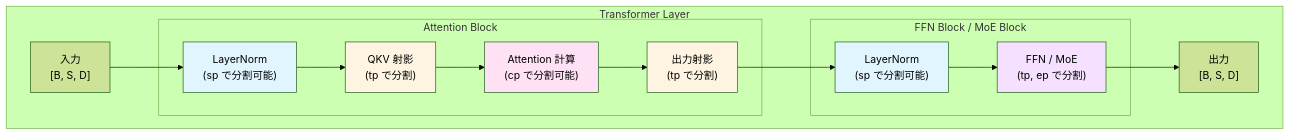
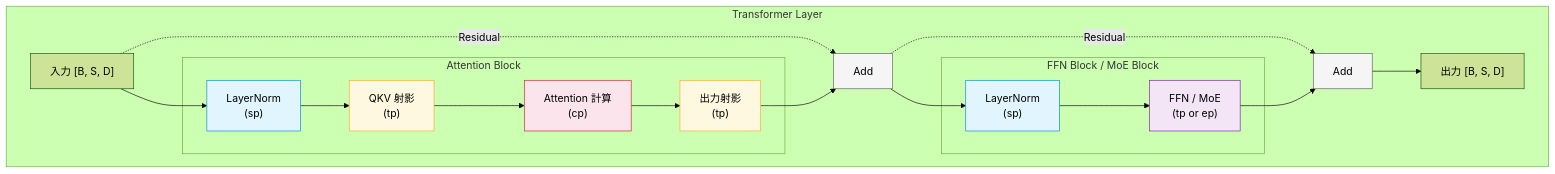
Before and after one commit to littlemex/zenn: the third of 8 diagrams in books/ml-distributed-experiment-collection/transformer-distributed-parallelism.md, drawn with Mermaid (forest theme). The commit also changed other lines of this file and 1 other file, not shown here.

````diff
--- a/books/ml-distributed-experiment-collection/transformer-distributed-parallelism.md
+++ b/books/ml-distributed-experiment-collection/transformer-distributed-parallelism.md
@@ -150,38 +198,35 @@
 ```mermaid
 graph TB
-    subgraph "Transformer Layer"
-        Input["入力<br/>[B, S, D]"]
+    subgraph layer ["Transformer Layer"]
+        Input["入力 [B, S, D]"]
 
-        subgraph "Attention Block"
-            LN1["LayerNorm<br/>(sp で分割可能)"]
-            QKV["QKV 射影<br/>(tp で分割)"]
-            Attn["Attention 計算<br/>(cp で分割可能)"]
-            OutProj["出力射影<br/>(tp で分割)"]
+        subgraph attn_block ["Attention Block"]
+            LN1["LayerNorm<br/>(sp)"]
+            QKV["QKV 射影<br/>(tp)"]
+            Attn["Attention 計算<br/>(cp)"]
+            OutProj["出力射影<br/>(tp)"]
         end
 
-        subgraph "FFN Block / MoE Block"
-            LN2["LayerNorm<br/>(sp で分割可能)"]
-            FFN["FFN / MoE<br/>(tp, ep で分割)"]
+        subgraph ffn_block ["FFN Block / MoE Block"]
+            LN2["LayerNorm<br/>(sp)"]
+            FFN["FFN / MoE<br/>(tp or ep)"]
         end
 
         Input --> LN1
-        LN1 --> QKV
-        QKV --> Attn
-        Attn --> OutProj
-        OutProj --> LN2
-        LN2 --> FFN
-        FFN --> Output["出力<br/>[B, S, D]"]
+        Input -.->|"Residual"| Add1
+        LN1 --> QKV --> Attn --> OutProj --> Add1["Add"]
+        Add1 --> LN2
+        Add1 -.->|"Residual"| Add2
+        LN2 --> FFN --> Add2["Add"]
+        Add2 --> Output["出力 [B, S, D]"]
     end
 
-    style LN1 fill: #e1f5ff
-    style LN2 fill: #e1f5ff
-    style QKV fill: #fff4e1
-    style OutProj fill: #fff4e1
-    style Attn fill: #ffe1f5
-    style FFN fill: #f5e1ff
-
-    classDef spTarget fill: #e1f5ff
-    classDef tpTarget fill: #fff4e1
-    classDef cpTarget fill: #ffe1f5
-    classDef epTarget fill: #f5e1ff
+    style LN1 fill: #e1f5fe,stroke: #0288d1
+    style LN2 fill: #e1f5fe,stroke: #0288d1
+    style QKV fill: #fff8e1,stroke: #f9a825
+    style OutProj fill: #fff8e1,stroke: #f9a825
+    style Attn fill: #fce4ec,stroke: #c62828
+    style FFN fill: #f3e5f5,stroke: #7b1fa2
+    style Add1 fill: #f5f5f5,stroke: #616161
+    style Add2 fill: #f5f5f5,stroke: #616161
 ```
````
